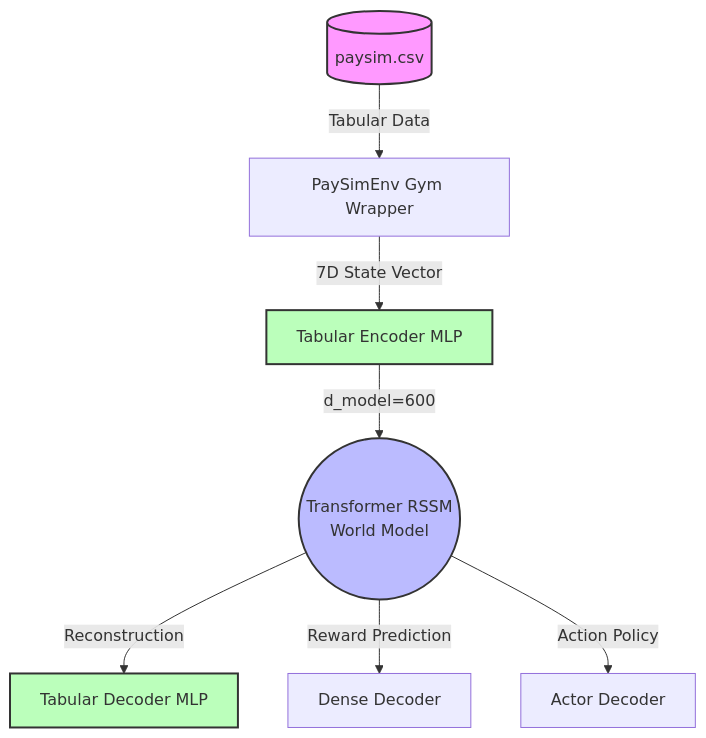
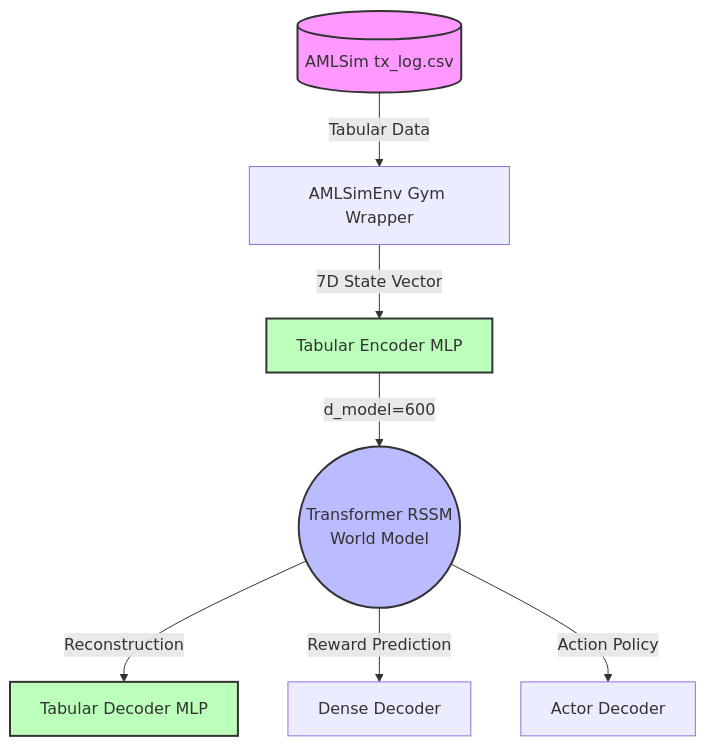
The diagram in README.md (shubhamgupta407/TransDreamer-PaySim), drawn with Mermaid before and after one commit. The commit also changed other lines of this file and 13 other files, not shown here.

````diff
--- a/README.md
+++ b/README.md
@@ -7,15 +7,15 @@
 ```mermaid
 graph TD
-    A[(paysim.csv)] -->|Tabular Data| B[PaySimEnv Gym Wrapper]
+    A[(AMLSim tx_log.csv)] -->|Tabular Data| B[AMLSimEnv Gym Wrapper]
     B -->|7D State Vector| C[Tabular Encoder MLP]
     C -->|d_model=600| D((Transformer RSSM\nWorld Model))
     
     D -->|Reconstruction| E[Tabular Decoder MLP]
     D -->|Reward Prediction| F[Dense Decoder]
     D -->|Action Policy| G[Actor Decoder]
     
     style A fill:#f9f,stroke:#333,stroke-width:2px
     style D fill:#bbf,stroke:#333,stroke-width:2px
     style C fill:#bfb,stroke:#333,stroke-width:2px
     style E fill:#bfb,stroke:#333,stroke-width:2px
 ```
````
